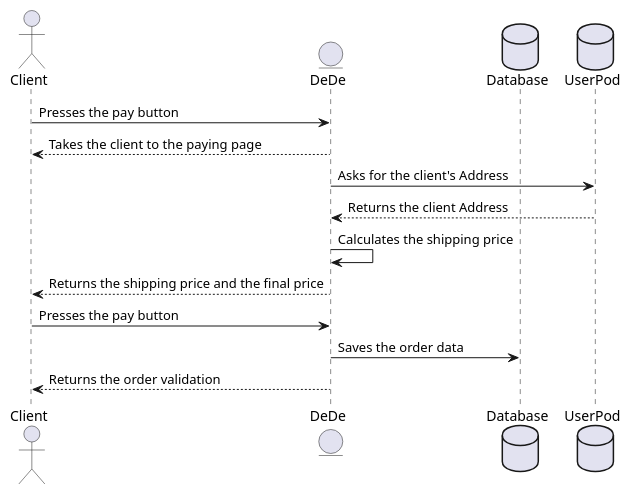
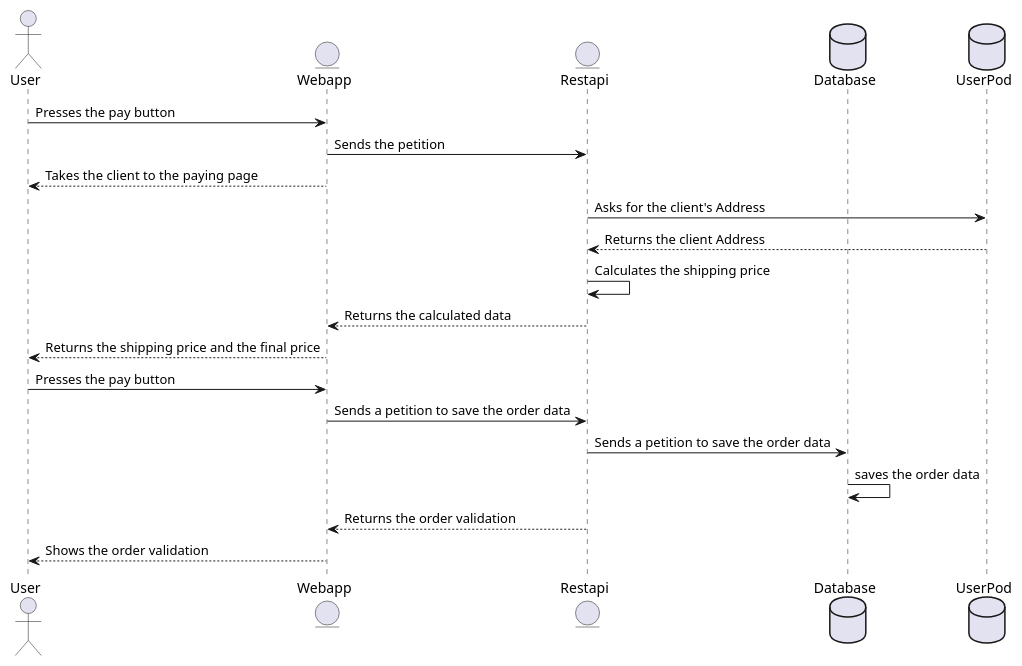
The second of 2 diagrams in docs/06_runtime_view.adoc (Arquisoft/dede_es3c), drawn with PlantUML before and after one commit. The commit also changed other lines of this file and 5 other files, not shown here.

```diff
--- a/docs/06_runtime_view.adoc
+++ b/docs/06_runtime_view.adoc
@@ -24,16 +29,22 @@
 [plantuml,"Paying Process",png]
 ----
-actor Client
-entity DeDe
+actor User
+entity Webapp
+entity Restapi
 database Database
 database UserPod
-Client -> DeDe: Presses the pay button
-DeDe --> Client : Takes the client to the paying page
-DeDe -> UserPod: Asks for the client's Address
-UserPod --> DeDe: Returns the client Address
-DeDe -> DeDe : Calculates the shipping price
-DeDe --> Client : Returns the shipping price and the final price
-Client -> DeDe : Presses the pay button
-DeDe -> Database : Saves the order data
-DeDe --> Client : Returns the order validation
+User-> Webapp: Presses the pay button
+Webapp -> Restapi: Sends the petition
+Webapp--> User: Takes the client to the paying page
+Restapi-> UserPod: Asks for the client's Address
+UserPod --> Restapi: Returns the client Address
+Restapi -> Restapi : Calculates the shipping price
+Restapi --> Webapp : Returns the calculated data
+Webapp --> User: Returns the shipping price and the final price
+User-> Webapp: Presses the pay button
+Webapp -> Restapi : Sends a petition to save the order data
+Restapi -> Database : Sends a petition to save the order data
+Database -> Database : saves the order data
+Restapi --> Webapp: Returns the order validation
+Webapp --> User: Shows the order validation
 ----
```
